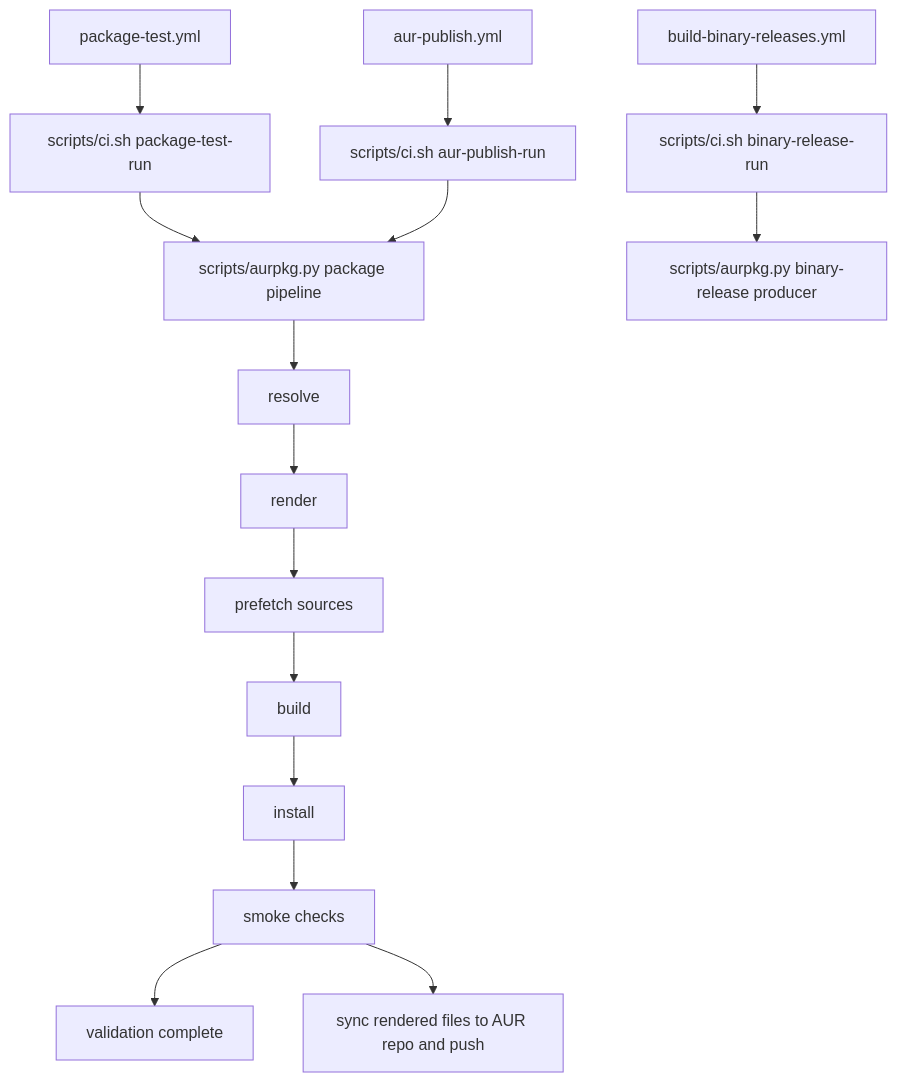
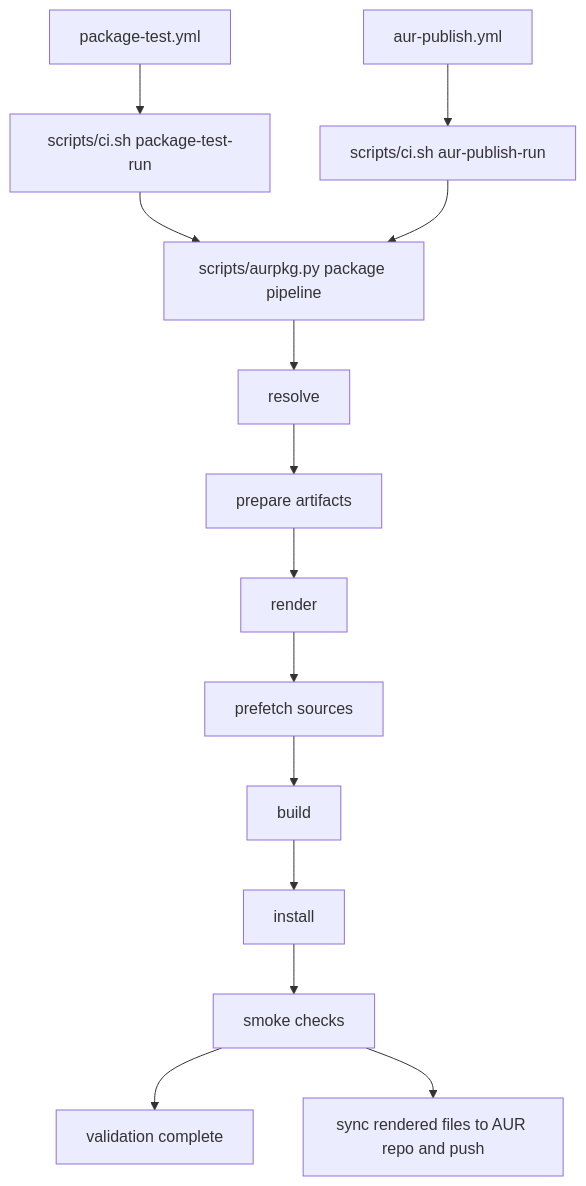
One commit to theorangeguo/aur-packages changed the second of 4 diagrams in docs/WORKFLOW.md. Above: the diagram before and after it, drawn with Mermaid. The commit also changed other lines of this file and 10 other files, not shown here.

````diff
--- a/docs/WORKFLOW.md
+++ b/docs/WORKFLOW.md
@@ -104,20 +90,19 @@
 ```mermaid
 flowchart TD
     A[package-test.yml] --> B[scripts/ci.sh package-test-run]
     C[aur-publish.yml] --> D[scripts/ci.sh aur-publish-run]
-    E[build-binary-releases.yml] --> F[scripts/ci.sh binary-release-run]
 
     B --> G[scripts/aurpkg.py package pipeline]
     D --> G
-    F --> R[scripts/aurpkg.py binary-release producer]
 
     G --> H[resolve]
-    H --> I[render]
+    H --> Q[prepare artifacts]
+    Q --> I[render]
     I --> J[prefetch sources]
     J --> K[build]
     K --> L[install]
     L --> M[smoke checks]
 
     M --> N[validation complete]
     M --> O[sync rendered files to AUR repo and push]
 ```
````
